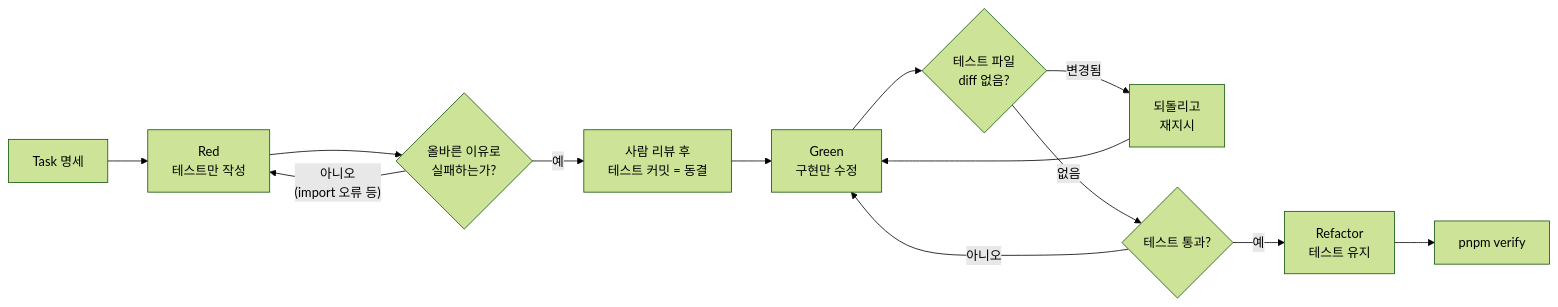
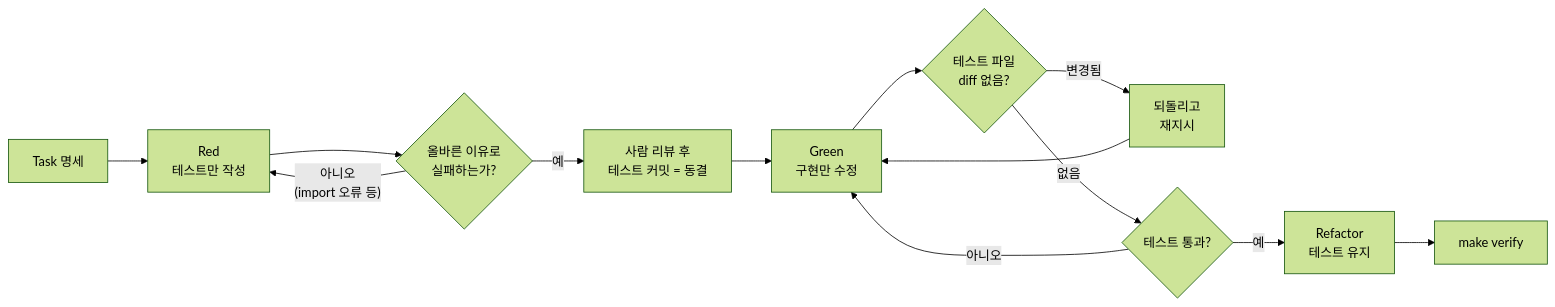
Before and after one commit to DataDynamics/ai-development-guide: the diagram in modules/03-agentic-workflow/03-2-tdd-with-agents.md, drawn with Mermaid (forest theme). The commit also changed other lines of this file and 5 other files, not shown here.

````diff
--- a/modules/03-agentic-workflow/03-2-tdd-with-agents.md
+++ b/modules/03-agentic-workflow/03-2-tdd-with-agents.md
@@ -49,15 +49,15 @@
 ```mermaid
 flowchart LR
     A[Task 명세] --> R[Red<br/>테스트만 작성]
     R --> C1{올바른 이유로<br/>실패하는가?}
     C1 -- 아니오<br/>(import 오류 등) --> R
     C1 -- 예 --> F[사람 리뷰 후<br/>테스트 커밋 = 동결]
     F --> G[Green<br/>구현만 수정]
     G --> C2{테스트 파일<br/>diff 없음?}
     C2 -- 변경됨 --> X[되돌리고<br/>재지시]
     X --> G
     C2 -- 없음 --> C3{테스트 통과?}
     C3 -- 아니오 --> G
     C3 -- 예 --> RF[Refactor<br/>테스트 유지]
-    RF --> V[pnpm verify]
+    RF --> V[make verify]
 ```
````
